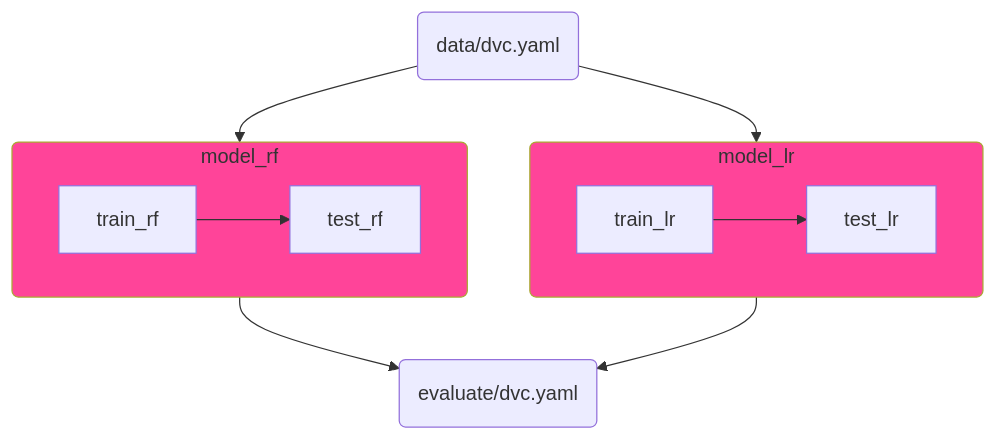
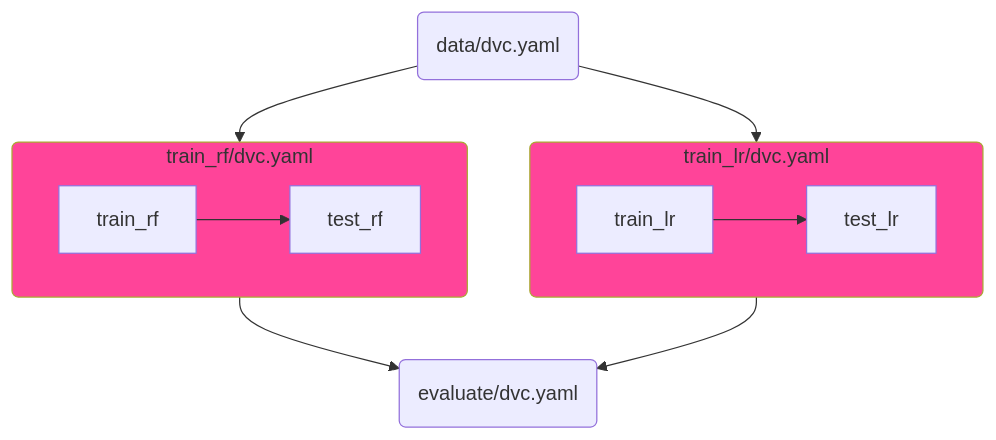
The second of 2 diagrams in README.md (mnrozhkov/dvc-patterns), drawn with Mermaid before and after one commit. The commit also changed 1 other file, not shown here.

Commit message:
Update parallel pipelines: subgraph names

````diff
--- a/README.md
+++ b/README.md
@@ -52,18 +52,18 @@
 ```mermaid
 graph TD;
-    subgraph model_rf
+    subgraph model_rf ["train_rf/dvc.yaml"]
         train_rf --> test_rf;
     end 
-    subgraph model_lr
+    subgraph model_lr ["train_lr/dvc.yaml"]
         train_lr --> test_lr;
     end 
 
-    1(data/dvc.yaml) --> model_rf(model_rf):::focusStyle;
+    1(data/dvc.yaml) --> model_rf(model_rf/dvc.yaml):::focusStyle;
     1(data/dvc.yaml) --> model_lr(model_lr):::focusStyle;
 
     model_rf --> 4(evaluate/dvc.yaml);
     model_lr --> 4(evaluate/dvc.yaml);
 
     classDef focusStyle fill:#f49f,stroke-width:1px,rx:5,ry:5
 
 ```
````
